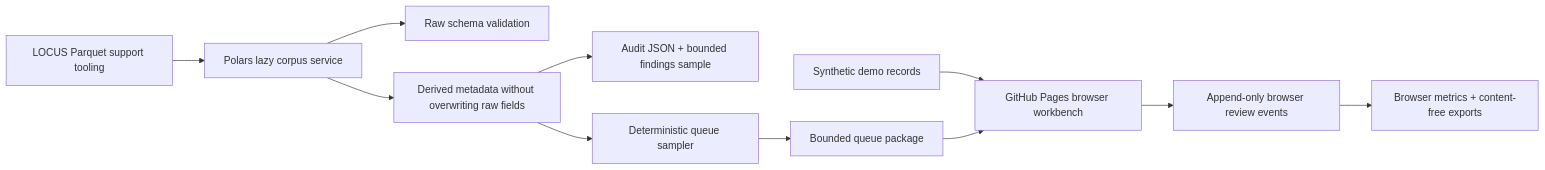
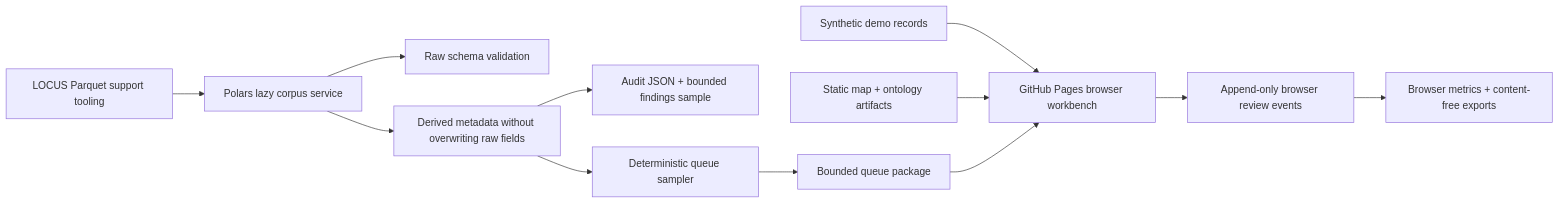
The diagram in docs/local-law-analytics-platform.md (evcatalyst/evolocus), drawn with Mermaid before and after one commit. The commit also changed other lines of this file and 23 other files, not shown here.

Commit message:
feat: add Pages law map ontology and inquiry artifacts

````diff
--- a/docs/local-law-analytics-platform.md
+++ b/docs/local-law-analytics-platform.md
@@ -47,13 +48,14 @@
 ```mermaid
 flowchart LR
   A["LOCUS Parquet support tooling"] --> B["Polars lazy corpus service"]
   B --> C["Raw schema validation"]
   B --> D["Derived metadata without overwriting raw fields"]
   D --> E["Audit JSON + bounded findings sample"]
   D --> F["Deterministic queue sampler"]
   F --> G["Bounded queue package"]
   H["Synthetic demo records"] --> I["GitHub Pages browser workbench"]
+  L["Static map + ontology artifacts"] --> I
   G --> I
   I --> J["Append-only browser review events"]
   J --> K["Browser metrics + content-free exports"]
 ```
````
